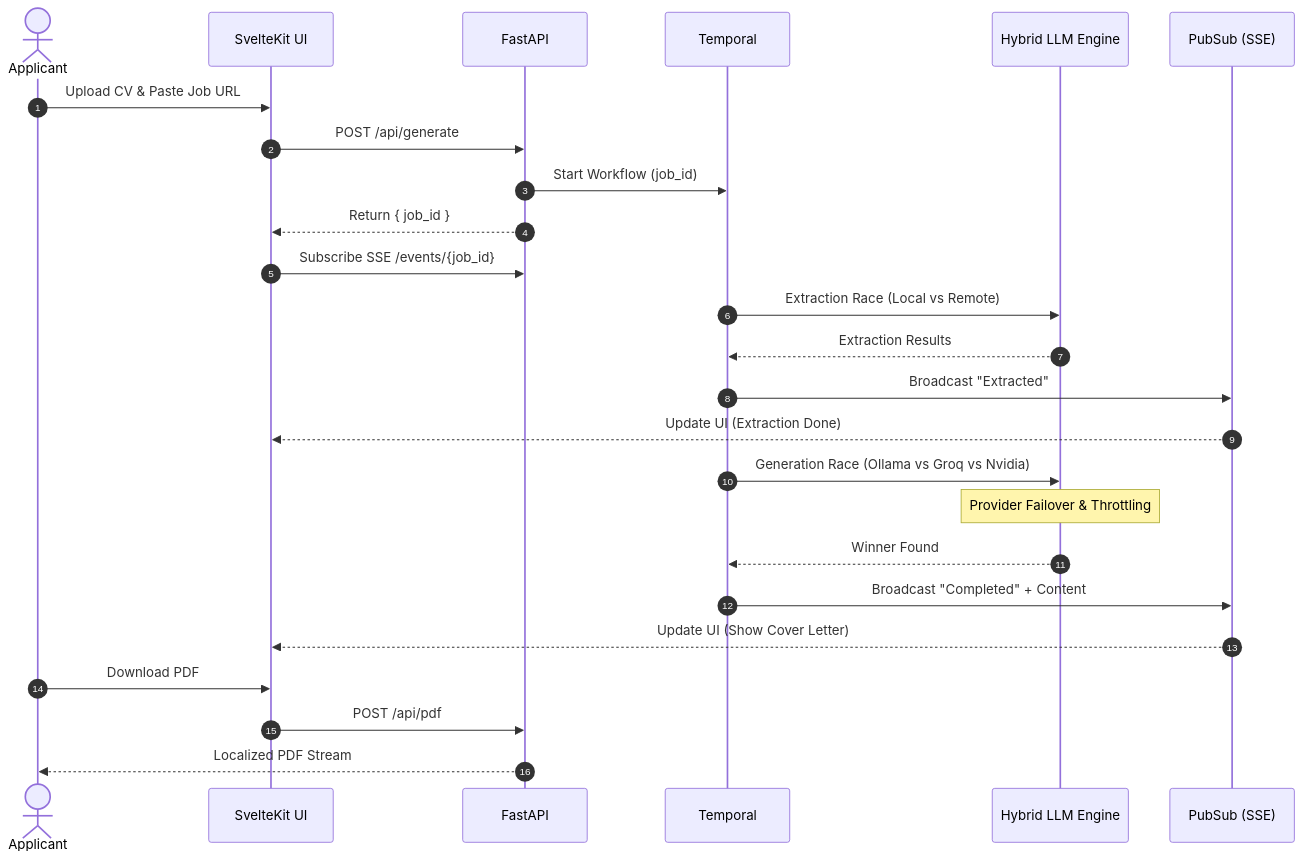
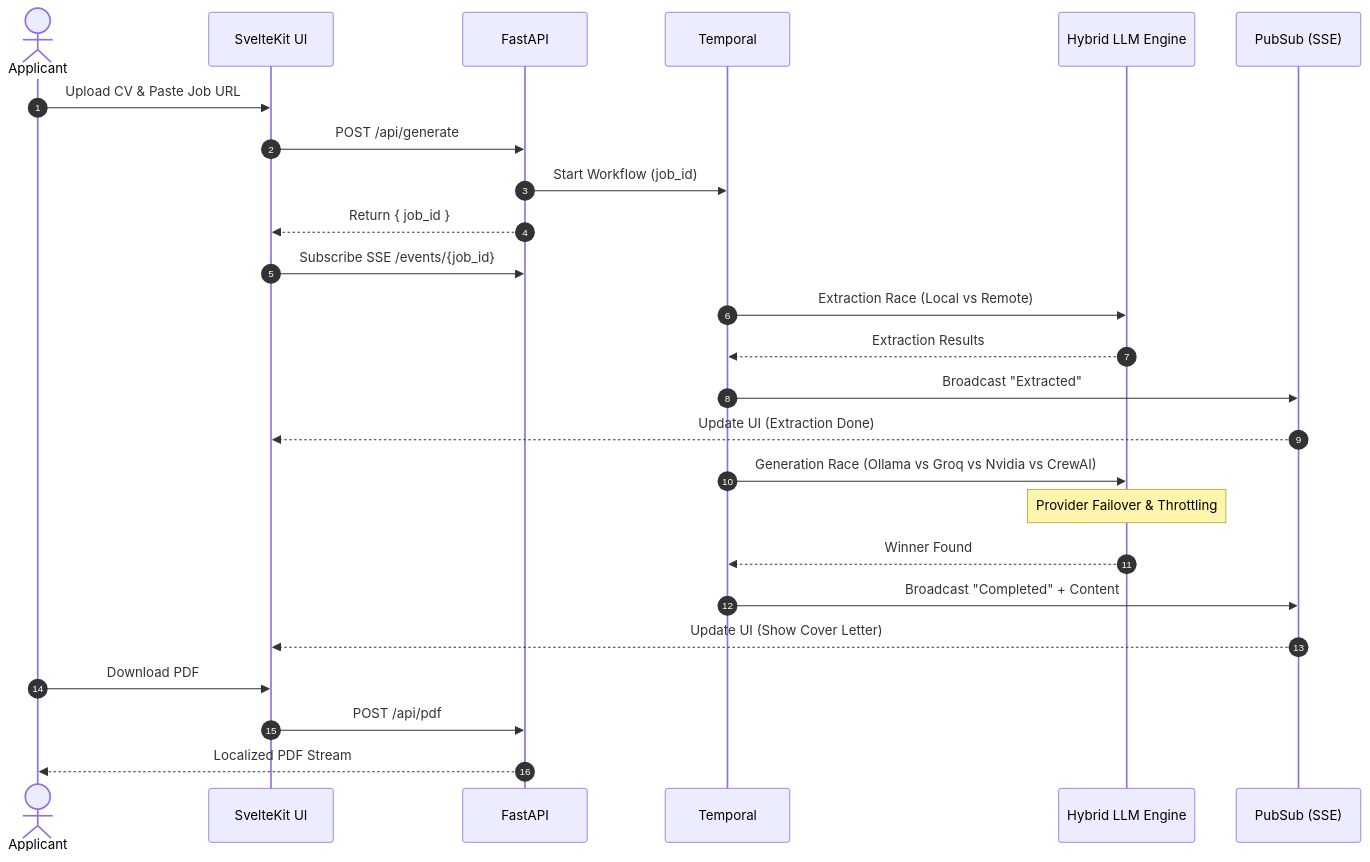
Before and after one commit to remitoudic/job_wizard: the second of 2 diagrams in README.md, drawn with Mermaid. The commit also changed other lines of this file, not shown here.

Commit message:
docs: update README with CrewAI cover letter generation details

````diff
--- a/README.md
+++ b/README.md
@@ -93,31 +102,31 @@
 ```mermaid
 sequenceDiagram
     autonumber
     actor User as Applicant
     participant FE as SvelteKit UI
     participant BE as FastAPI
     participant T as Temporal
     participant LLM as Hybrid LLM Engine
     participant PS as PubSub (SSE)
 
     User->>FE: Upload CV & Paste Job URL
     FE->>BE: POST /api/generate
     BE->>T: Start Workflow (job_id)
     BE-->>FE: Return { job_id }
     FE->>BE: Subscribe SSE /events/{job_id}
 
     T->>LLM: Extraction Race (Local vs Remote)
     LLM-->>T: Extraction Results
     T->>PS: Broadcast "Extracted"
     PS-->>FE: Update UI (Extraction Done)
 
-    T->>LLM: Generation Race (Ollama vs Groq vs Nvidia)
+    T->>LLM: Generation Race (Ollama vs Groq vs Nvidia vs CrewAI)
     Note over LLM: Provider Failover & Throttling
     LLM-->>T: Winner Found
     T->>PS: Broadcast "Completed" + Content
     PS-->>FE: Update UI (Show Cover Letter)
 
     User->>FE: Download PDF
     FE->>BE: POST /api/pdf
     BE-->>User: Localized PDF Stream
 ```
````
